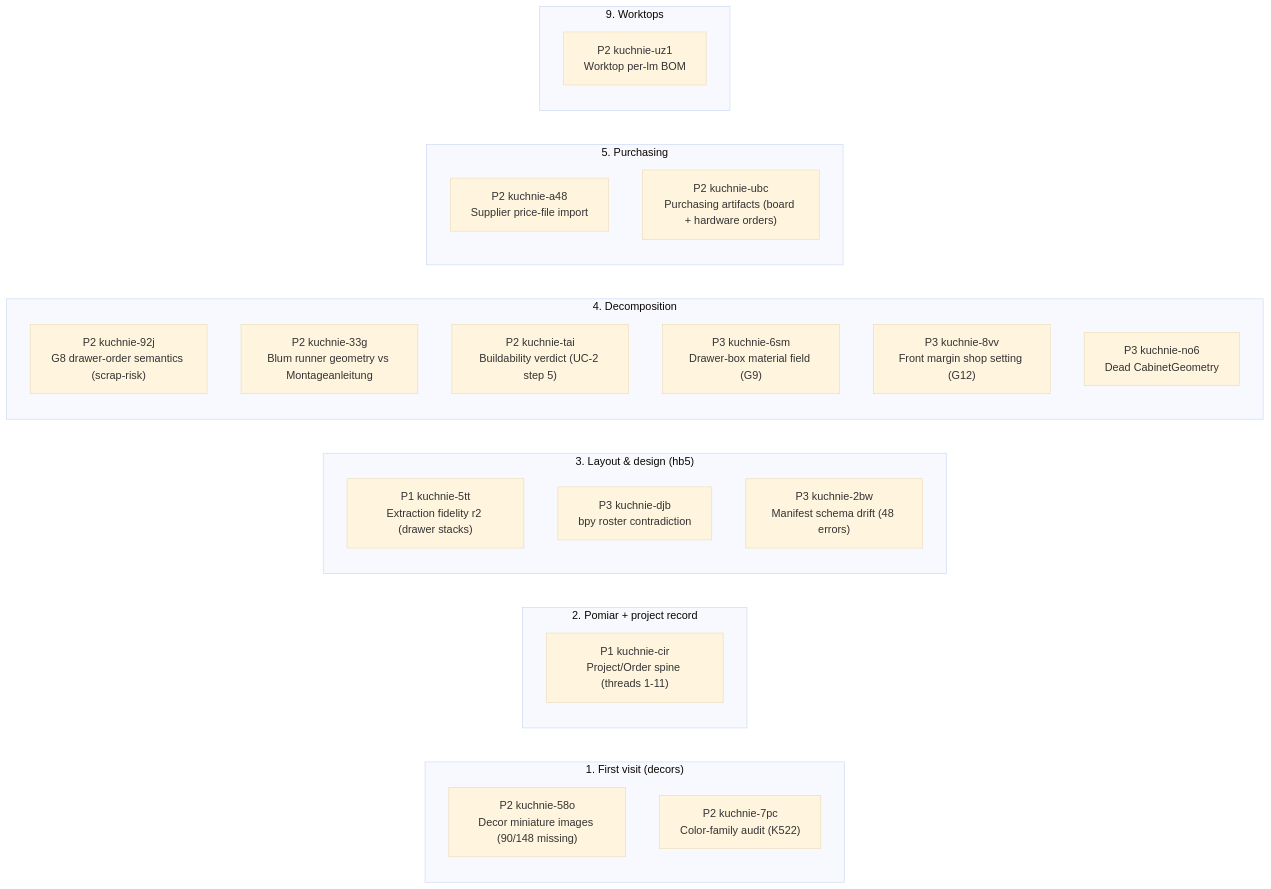
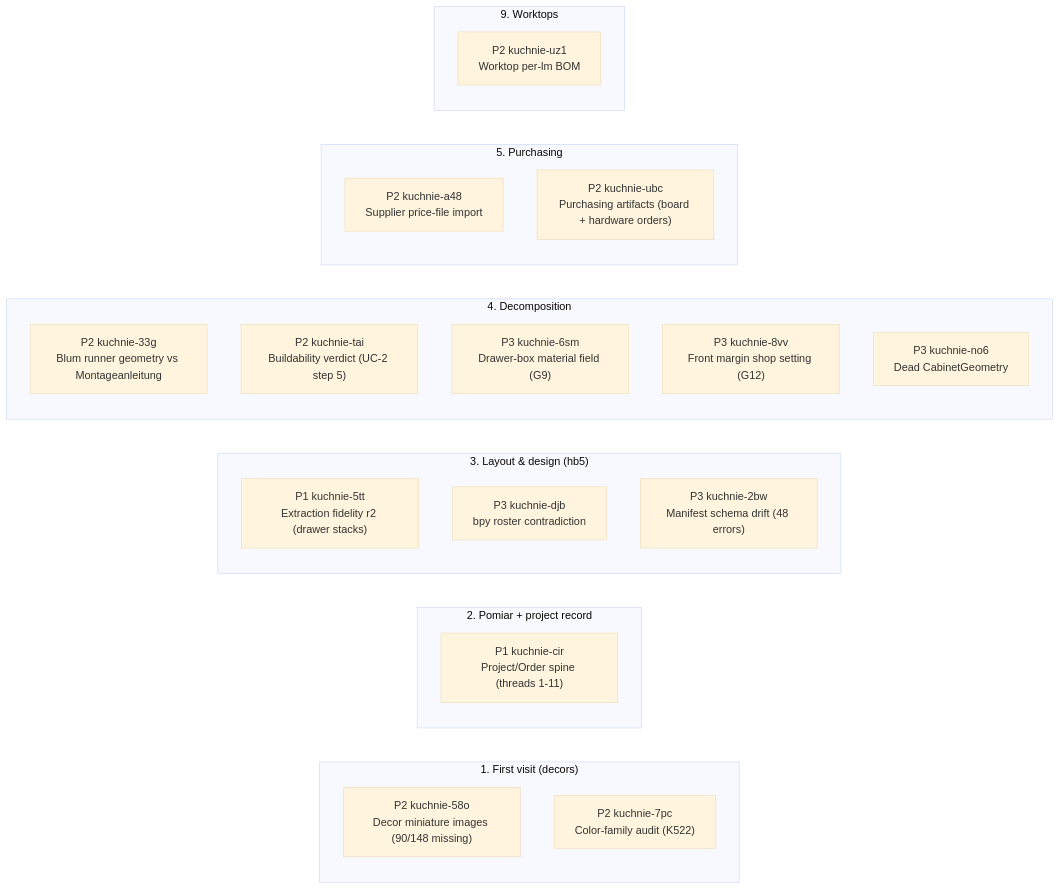
Before and after one commit to m1981/kuchnie: the diagram in STATUS.md, drawn with Mermaid (base theme). The commit also changed other lines of this file and 12 other files, not shown here.

First line of the commit message:
core: G8 closed — drawer-stack order explicit + validated at loader/schema (wk-844f5a9f, UC-2 step 3)

````diff
--- a/STATUS.md
+++ b/STATUS.md
@@ -35,30 +35,29 @@
 ```mermaid
 flowchart LR
     subgraph s1 ["1. First visit (decors)"]
         kuchnie_58o["P2 kuchnie-58o<br/>Decor miniature images (90/148 missing)"]
         kuchnie_7pc["P2 kuchnie-7pc<br/>Color-family audit (K522)"]
     end
     subgraph s2 ["2. Pomiar + project record"]
         kuchnie_cir["P1 kuchnie-cir<br/>Project/Order spine (threads 1-11)"]
     end
     subgraph s3 ["3. Layout & design (hb5)"]
         kuchnie_5tt["P1 kuchnie-5tt<br/>Extraction fidelity r2 (drawer stacks)"]
         kuchnie_djb["P3 kuchnie-djb<br/>bpy roster contradiction"]
         kuchnie_2bw["P3 kuchnie-2bw<br/>Manifest schema drift (48 errors)"]
     end
     subgraph s4 ["4. Decomposition"]
-        kuchnie_92j["P2 kuchnie-92j<br/>G8 drawer-order semantics (scrap-risk)"]
         kuchnie_33g["P2 kuchnie-33g<br/>Blum runner geometry vs Montageanleitung"]
         kuchnie_tai["P2 kuchnie-tai<br/>Buildability verdict (UC-2 step 5)"]
         kuchnie_6sm["P3 kuchnie-6sm<br/>Drawer-box material field (G9)"]
         kuchnie_8vv["P3 kuchnie-8vv<br/>Front margin shop setting (G12)"]
         kuchnie_no6["P3 kuchnie-no6<br/>Dead CabinetGeometry"]
     end
     subgraph s5 ["5. Purchasing"]
         kuchnie_a48["P2 kuchnie-a48<br/>Supplier price-file import"]
         kuchnie_ubc["P2 kuchnie-ubc<br/>Purchasing artifacts (board + hardware orders)"]
     end
     subgraph s9 ["9. Worktops"]
         kuchnie_uz1["P2 kuchnie-uz1<br/>Worktop per-lm BOM"]
     end
 ```
````
